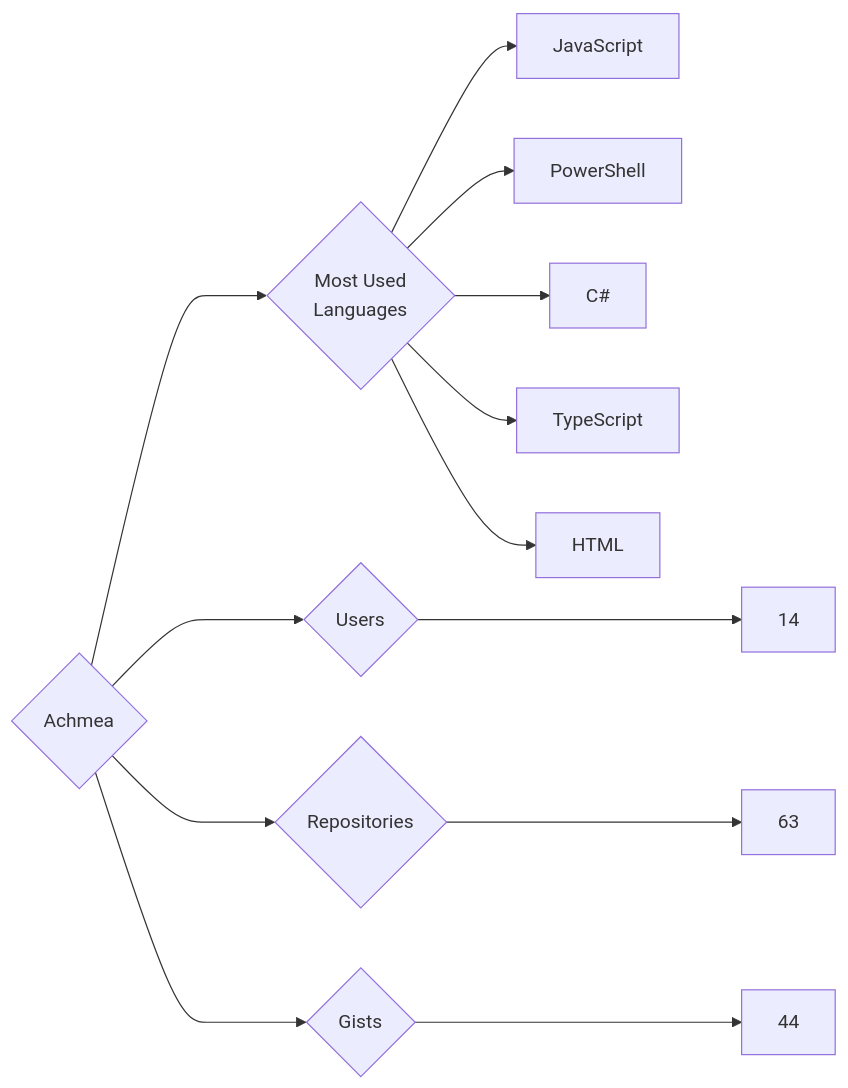
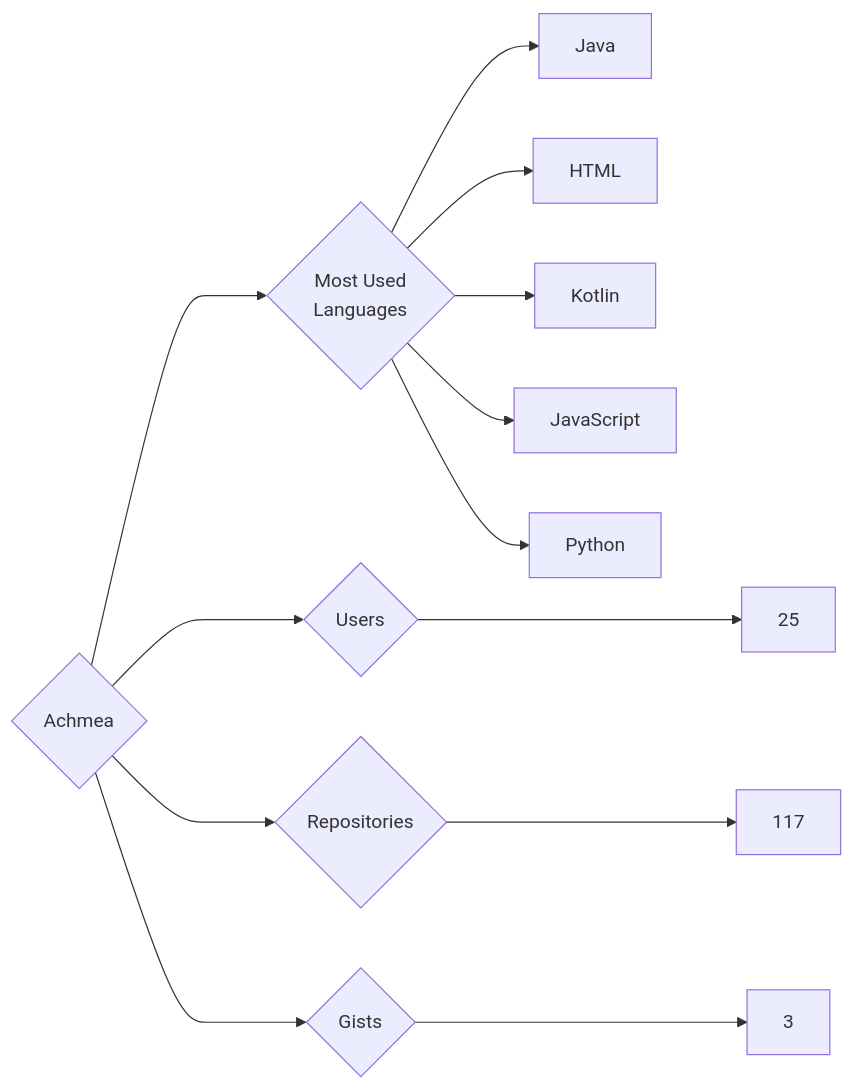
One commit to trickest/insiders changed the diagram in targets/Achmea/README.md. Above: the diagram before and after it, drawn with Mermaid. The commit also changed 736 other files, not shown here.

````diff
--- a/targets/Achmea/README.md
+++ b/targets/Achmea/README.md
@@ -3,13 +3,13 @@
 ```mermaid
 graph LR
 COMPANY_NAME{Achmea}
-COMPANY_NAME ---> U{Users} ---> UN[14]
-COMPANY_NAME ---> R{Repositories} ---> RN[63]
-COMPANY_NAME ---> G{Gists} ---> GN[44]
+COMPANY_NAME ---> U{Users} ---> UN[25]
+COMPANY_NAME ---> R{Repositories} ---> RN[117]
+COMPANY_NAME ---> G{Gists} ---> GN[3]
 COMPANY_NAME ---> ML{Most Used<br>Languages}
+ML --> Java[Java]
+ML --> HTML[HTML]
+ML --> Kotlin[Kotlin]
 ML --> JavaScript[JavaScript]
-ML --> PowerShell[PowerShell]
-ML --> C#[C#]
-ML --> TypeScript[TypeScript]
-ML --> HTML[HTML]
+ML --> Python[Python]
 ```
````
